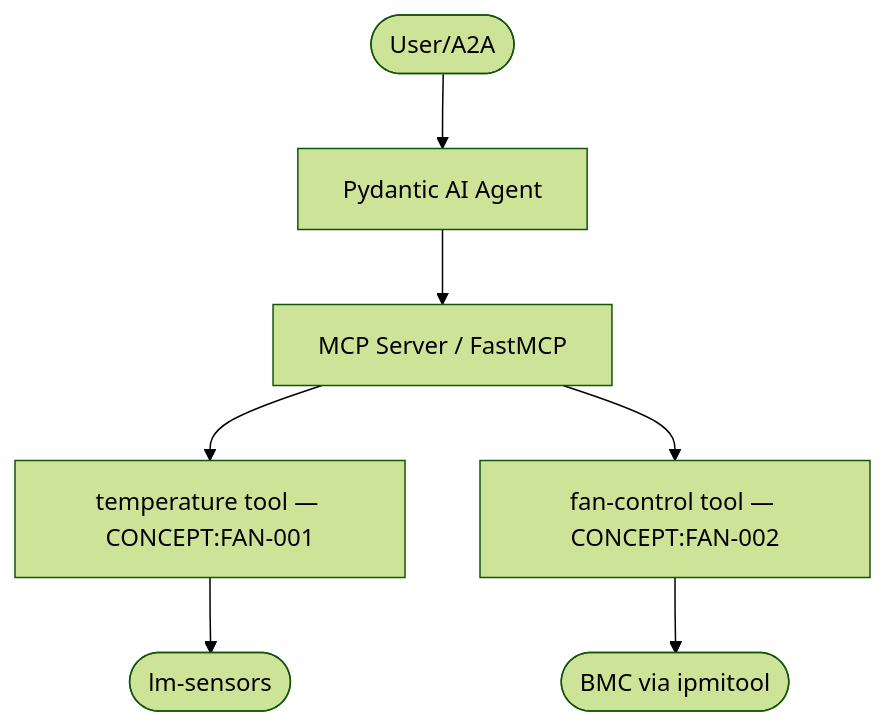
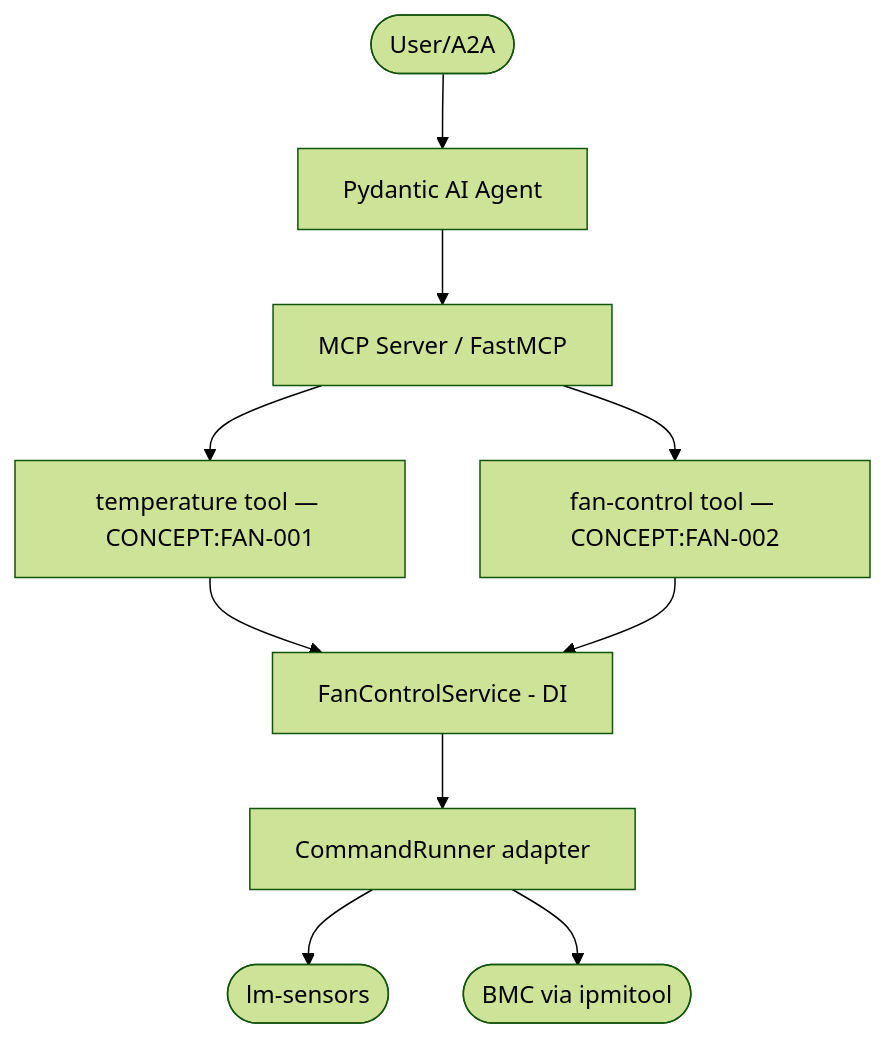
Before and after one commit to Knuckles-Team/fan-manager: the diagram in AGENTS.md, drawn with Mermaid (forest theme). The commit also changed other lines of this file and 33 other files, not shown here.

````diff
--- a/AGENTS.md
+++ b/AGENTS.md
@@ -13,9 +32,12 @@
 ```mermaid
 graph TD
     User([User/A2A]) --> Agent[Pydantic AI Agent]
     Agent --> MCP[MCP Server / FastMCP]
     MCP --> Temp[temperature tool — CONCEPT:FAN-001]
     MCP --> Fan[fan-control tool — CONCEPT:FAN-002]
-    Temp --> Sensors([lm-sensors])
-    Fan --> IPMI([BMC via ipmitool])
+    Temp --> Service[FanControlService - DI]
+    Fan --> Service
+    Service --> Runner[CommandRunner adapter]
+    Runner --> Sensors([lm-sensors])
+    Runner --> IPMI([BMC via ipmitool])
 ```
````
